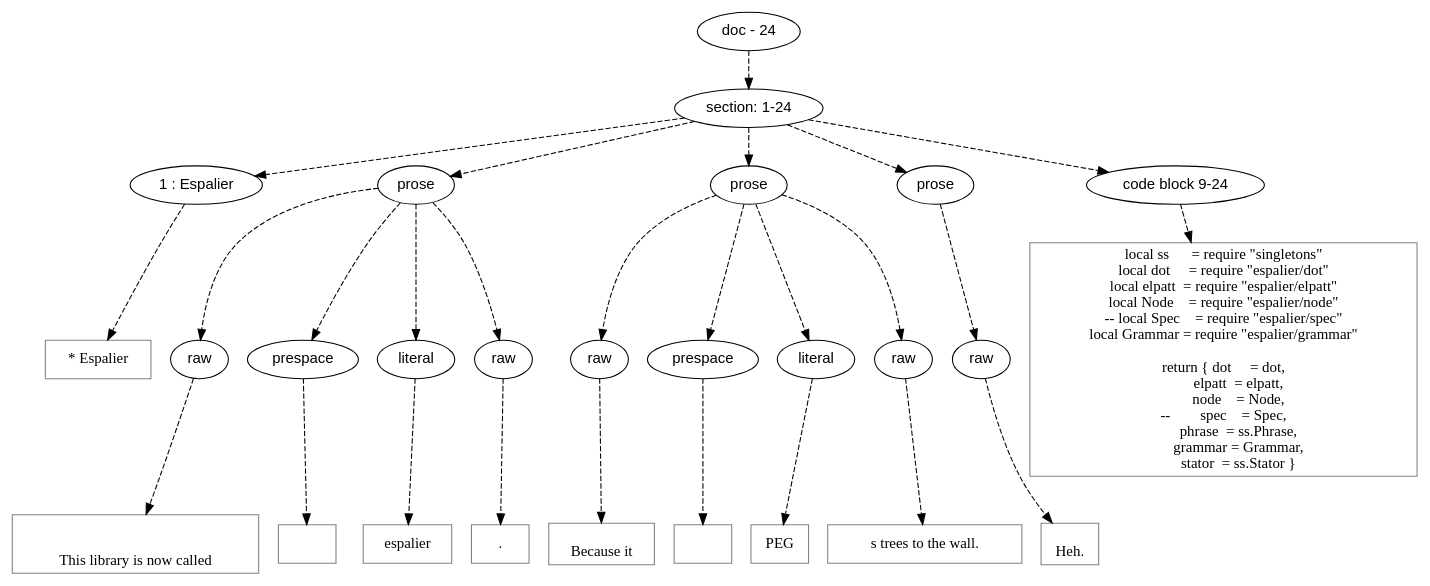
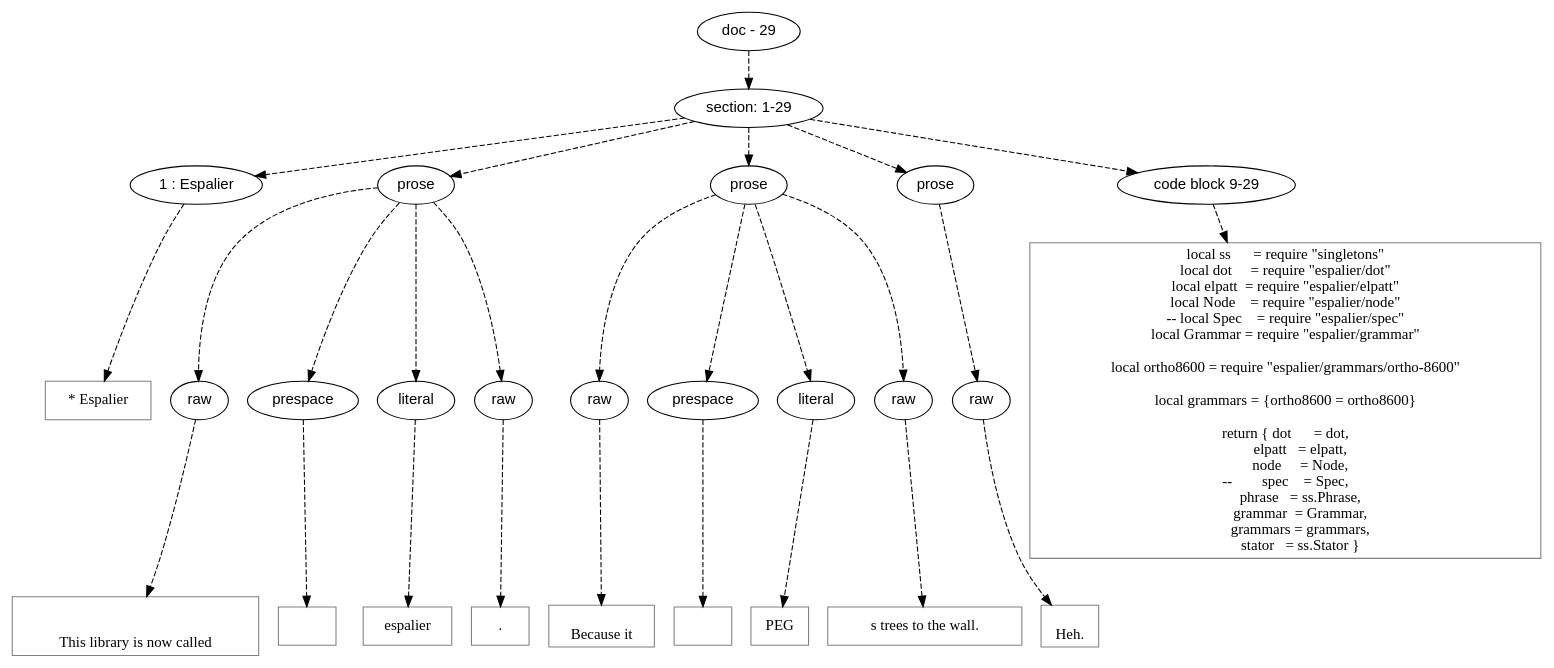
The diagram in doc/dot/espalier.dot (orb-lang/espalier), drawn with Graphviz before and after one commit. The commit also changed 20 other files, not shown here.

```diff
--- a/doc/dot/espalier.dot
+++ b/doc/dot/espalier.dot
@@ -1,134 +1,139 @@
 digraph lpegNode {
 
 node [fontname=Helvetica]
 edge [style=dashed]
 
-doc_0 [label="doc - 24"]
+doc_0 [label="doc - 29"]
 
 
 doc_0 -> { section_1}
 {rank=same; section_1}
 
-section_1 [label="section: 1-24"]
+section_1 [label="section: 1-29"]
 
 
 // END RANK doc_0
 
 section_1 -> { header_2 prose_3 prose_4 prose_5 codeblock_6}
 {rank=same; header_2 prose_3 prose_4 prose_5 codeblock_6}
 
 header_2 [label="1 : Espalier"]
 
 prose_3 [label="prose"]
 
 prose_4 [label="prose"]
 
 prose_5 [label="prose"]
 
-codeblock_6 [label="code block 9-24"]
+codeblock_6 [label="code block 9-29"]
 
 
 // END RANK section_1
 
 header_2 -> leaf_7
 leaf_7  [color=Gray,shape=rectangle,fontname=Inconsolata,label="* Espalier"]
 // END RANK header_2
 
 prose_3 -> { raw_8 prespace_9 literal_10 raw_11}
 {rank=same; raw_8 prespace_9 literal_10 raw_11}
 
 raw_8 [label="raw"]
 
 prespace_9 [label="prespace"]
 
 literal_10 [label="literal"]
 
 raw_11 [label="raw"]
 
 
 // END RANK prose_3
 
 raw_8 -> leaf_12
 leaf_12  [color=Gray,shape=rectangle,fontname=Inconsolata,label="
 
 This library is now called"]
 // END RANK raw_8
 
 prespace_9 -> leaf_13
 leaf_13  [color=Gray,shape=rectangle,fontname=Inconsolata,label=" "]
 // END RANK prespace_9
 
 literal_10 -> leaf_14
 leaf_14  [color=Gray,shape=rectangle,fontname=Inconsolata,label="espalier"]
 // END RANK literal_10
 
 raw_11 -> leaf_15
 leaf_15  [color=Gray,shape=rectangle,fontname=Inconsolata,label=".
 "]
 // END RANK raw_11
 
 prose_4 -> { raw_16 prespace_17 literal_18 raw_19}
 {rank=same; raw_16 prespace_17 literal_18 raw_19}
 
 raw_16 [label="raw"]
 
 prespace_17 [label="prespace"]
 
 literal_18 [label="literal"]
 
 raw_19 [label="raw"]
 
 
 // END RANK prose_4
 
 raw_16 -> leaf_20
 leaf_20  [color=Gray,shape=rectangle,fontname=Inconsolata,label="
 Because it"]
 // END RANK raw_16
 
 prespace_17 -> leaf_21
 leaf_21  [color=Gray,shape=rectangle,fontname=Inconsolata,label=" "]
 // END RANK prespace_17
 
 literal_18 -> leaf_22
 leaf_22  [color=Gray,shape=rectangle,fontname=Inconsolata,label="PEG"]
 // END RANK literal_18
 
 raw_19 -> leaf_23
 leaf_23  [color=Gray,shape=rectangle,fontname=Inconsolata,label="s trees to the wall.
 "]
 // END RANK raw_19
 
 prose_5 -> { raw_24}
 {rank=same; raw_24}
 
 raw_24 [label="raw"]
 
 
 // END RANK prose_5
 
 raw_24 -> leaf_25
 leaf_25  [color=Gray,shape=rectangle,fontname=Inconsolata,label="
 Heh.
 "]
 // END RANK raw_24
 
 codeblock_6 -> leaf_26
 leaf_26  [color=Gray,shape=rectangle,fontname=Inconsolata,label="local ss      = require \"singletons\"
 local dot     = require \"espalier/dot\"
 local elpatt  = require \"espalier/elpatt\"
 local Node    = require \"espalier/node\"
 -- local Spec    = require \"espalier/spec\"
 local Grammar = require \"espalier/grammar\"
 
-return { dot     = dot,
-         elpatt  = elpatt,
-         node    = Node,
+local ortho8600 = require \"espalier/grammars/ortho-8600\"
+
+local grammars = {ortho8600 = ortho8600}
+
+return { dot      = dot,
+         elpatt   = elpatt,
+         node     = Node,
  --        spec    = Spec,
-         phrase  = ss.Phrase,
-         grammar = Grammar,
-         stator  = ss.Stator }"]
+         phrase   = ss.Phrase,
+         grammar  = Grammar,
+         grammars = grammars,
+         stator   = ss.Stator }"]
 // END RANK codeblock_6
 
 
 }
```
